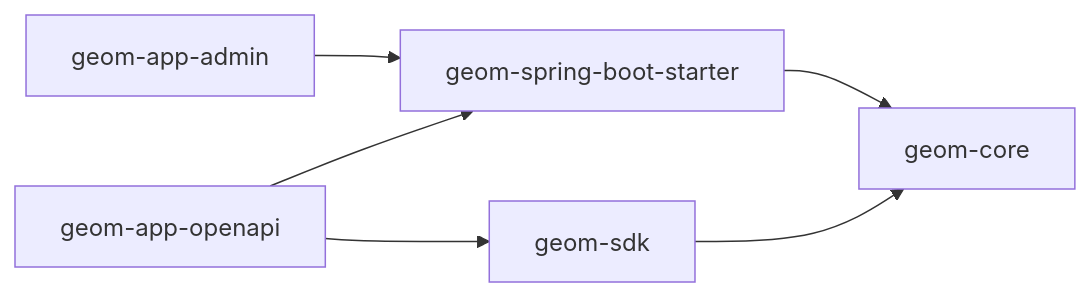
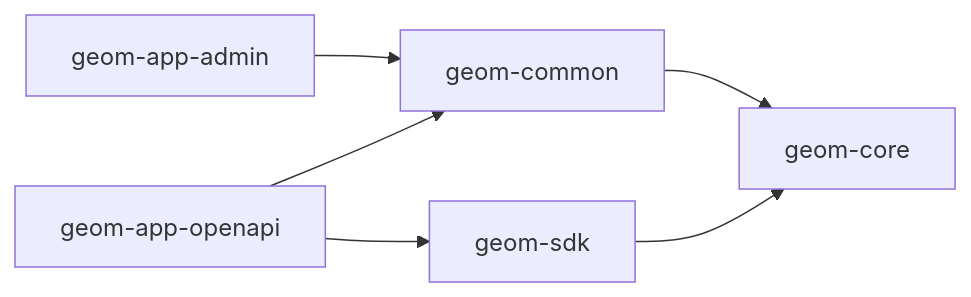
Before and after one commit to xezzon/geom-micronaut: the diagram in CONTRIBUTING.md, drawn with Mermaid. The commit also changed other lines of this file and 7 other files, not shown here.

````diff
--- a/CONTRIBUTING.md
+++ b/CONTRIBUTING.md
@@ -21,8 +21,8 @@
 ```mermaid
 flowchart LR
-    geom-app-admin-->geom-spring-boot-starter
-    geom-app-openapi-->geom-spring-boot-starter
+    geom-app-admin-->geom-common
+    geom-app-openapi-->geom-common
     geom-app-openapi-->geom-sdk
-    geom-spring-boot-starter-->geom-core
+    geom-common-->geom-core
     geom-sdk--> geom-core
 ```
````
